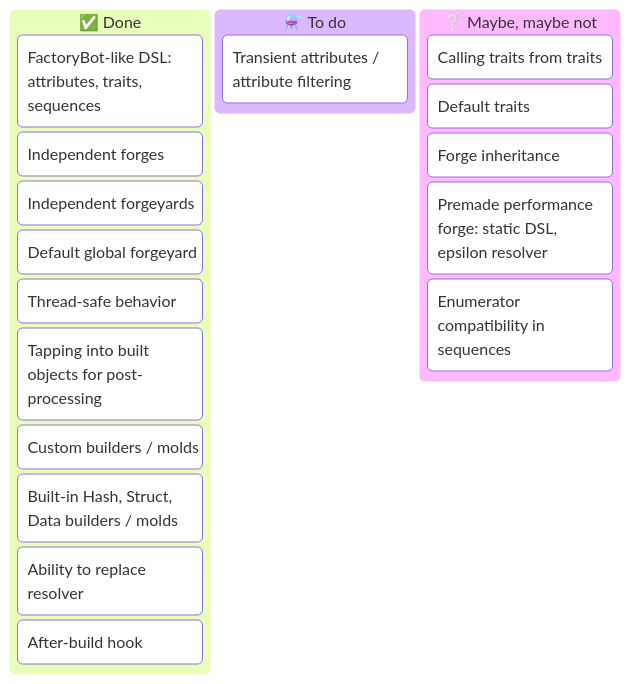
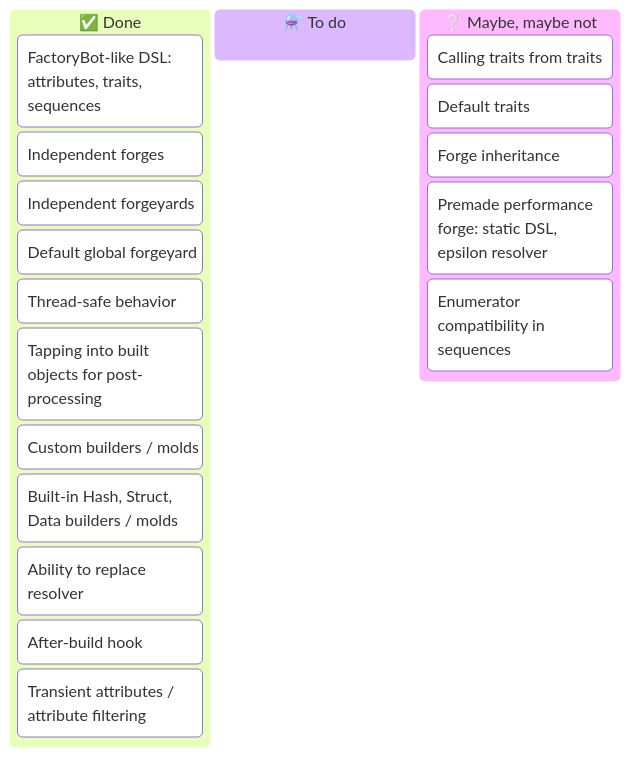
Before and after one commit to trinistr/object_forge: the diagram in README.md, drawn with Mermaid. The commit also changed other lines of this file and 6 other files, not shown here.

First line of the commit message:
Add transient attributes / attribute listing (#19)

````diff
--- a/README.md
+++ b/README.md
@@ -323,22 +413,22 @@
 ```mermaid
 kanban
   [✅ Done]
     [FactoryBot-like DSL: attributes, traits, sequences]
     [Independent forges]
     [Independent forgeyards]
     [Default global forgeyard]
     [Thread-safe behavior]
     [Tapping into built objects for post-processing]
     [Custom builders / molds]
     [Built-in Hash, Struct, Data builders / molds]
     [Ability to replace resolver]
     [After-build hook]
+    [Transient attributes / attribute filtering]
   [⚗️ To do]
-    [Transient attributes / attribute filtering]
   [❔ Maybe, maybe not]
     [Calling traits from traits]
     [Default traits]
     [Forge inheritance]
     [Premade performance forge: static DSL, epsilon resolver]
     [Enumerator compatibility in sequences]
 ```
````
